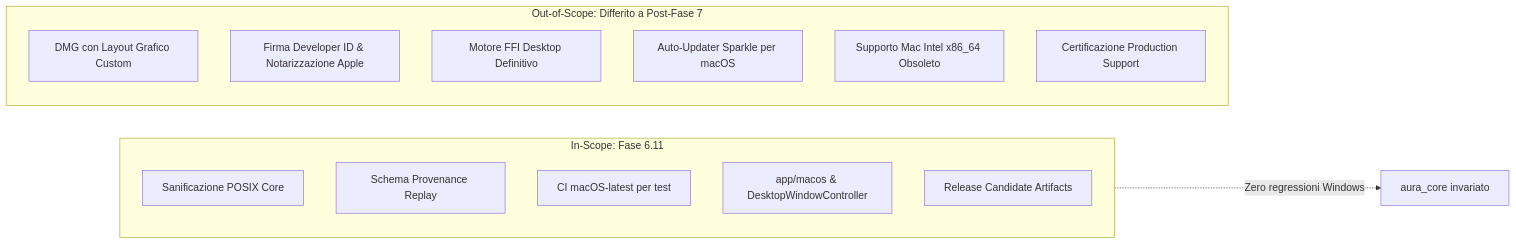
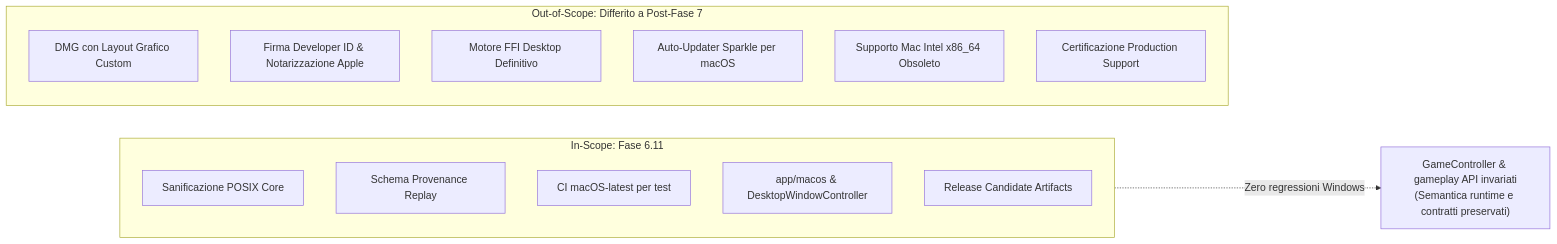
One commit to naturewhisp/aura changed the diagram in docs/phase6/PHASE_6_11_CROSS_PLATFORM_PLAYTEST_AND_DATASET_SPEC.md. Above: the diagram before and after it, drawn with Mermaid. The commit also changed other lines of this file and 2 other files, not shown here.

First line of the commit message:
docs(phase6): perfeziona schema provenance e chiarimenti architetturali 6.11

````diff
--- a/docs/phase6/PHASE_6_11_CROSS_PLATFORM_PLAYTEST_AND_DATASET_SPEC.md
+++ b/docs/phase6/PHASE_6_11_CROSS_PLATFORM_PLAYTEST_AND_DATASET_SPEC.md
@@ -30,19 +30,19 @@
 ```mermaid
 flowchart LR
     subgraph IN_SCOPE [In-Scope: Fase 6.11]
         A[Sanificazione POSIX Core]
         B[Schema Provenance Replay]
         C[CI macOS-latest per test]
         D[app/macos & DesktopWindowController]
         E[Release Candidate Artifacts]
     end
     subgraph OUT_OF_SCOPE [Out-of-Scope: Differito a Post-Fase 7]
         F[DMG con Layout Grafico Custom]
         G[Firma Developer ID & Notarizzazione Apple]
         H[Motore FFI Desktop Definitivo]
         I[Auto-Updater Sparkle per macOS]
         J[Supporto Mac Intel x86_64 Obsoleto]
         K[Certificazione Production Support]
     end
-    IN_SCOPE -.->|Zero regressioni Windows| CORE[aura_core invariato]
+    IN_SCOPE -.->|Zero regressioni Windows| CORE["GameController & gameplay API invariati<br/>(Semantica runtime e contratti preservati)"]
 ```
````
